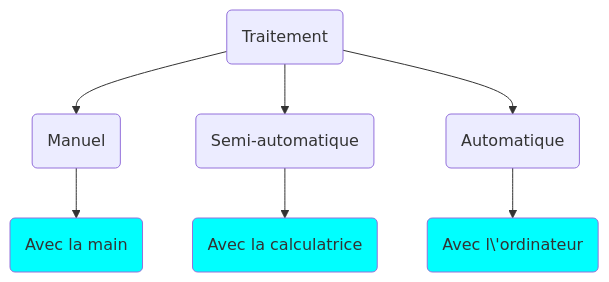
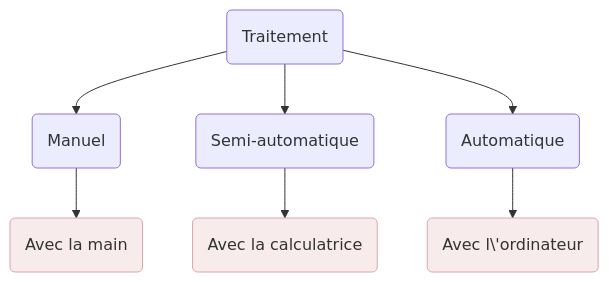
Before and after one commit to Aelmouny11/Cours-Informatiques: the fifth of 6 diagrams in pages/Tronc-Commun/index.mdx, drawn with Mermaid. The commit also changed other lines of this file and 2 other files, not shown here.

````diff
--- a/pages/Tronc-Commun/index.mdx
+++ b/pages/Tronc-Commun/index.mdx
@@ -75,12 +83,12 @@
 ```mermaid
 graph TD
-  style F fill:cyan
-  style G fill:cyan
-  style H fill:cyan
+  style F fill:#F7EBEC,stroke :#DCA7AC
+  style G fill:#F7EBEC,stroke :#DCA7AC
+  style H fill:#F7EBEC,stroke :#DCA7AC
   A(Traitement) --> B(Manuel)
   A(Traitement) --> C(Semi-automatique)
   A(Traitement) --> D(Automatique)
   B --> F(Avec la main)
   C --> G(Avec la calculatrice)
   D -->  H(Avec l\'ordinateur)
 ```
````
